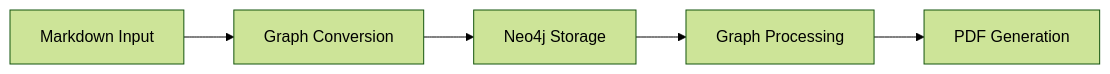
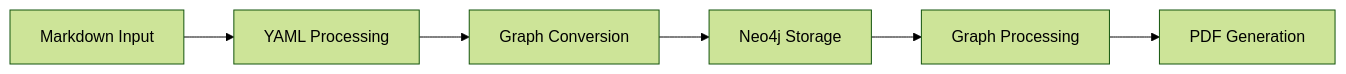
One commit to bprager/SkillSphere changed the diagram in memory-bank/systemPatterns.md. Above: the diagram before and after it, drawn with Mermaid (forest theme). The commit also changed other lines of this file and 22 other files, not shown here.

````diff
--- a/memory-bank/systemPatterns.md
+++ b/memory-bank/systemPatterns.md
@@ -24,7 +34,8 @@
 ```mermaid
 graph LR
-    A[Markdown Input] --> B[Graph Conversion]
-    B --> C[Neo4j Storage]
-    C --> D[Graph Processing]
-    D --> E[PDF Generation]
+    A[Markdown Input] --> B[YAML Processing]
+    B --> C[Graph Conversion]
+    C --> D[Neo4j Storage]
+    D --> E[Graph Processing]
+    E --> F[PDF Generation]
 ```
````
